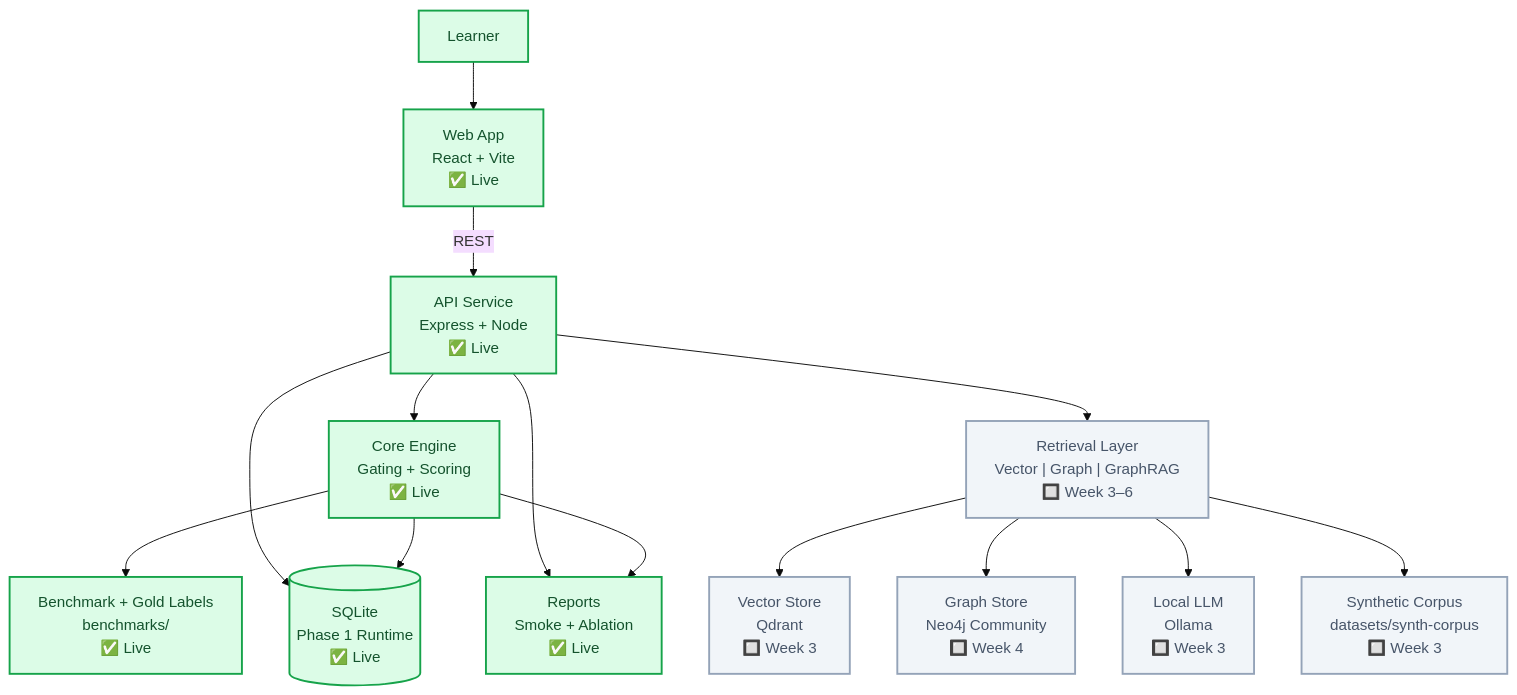
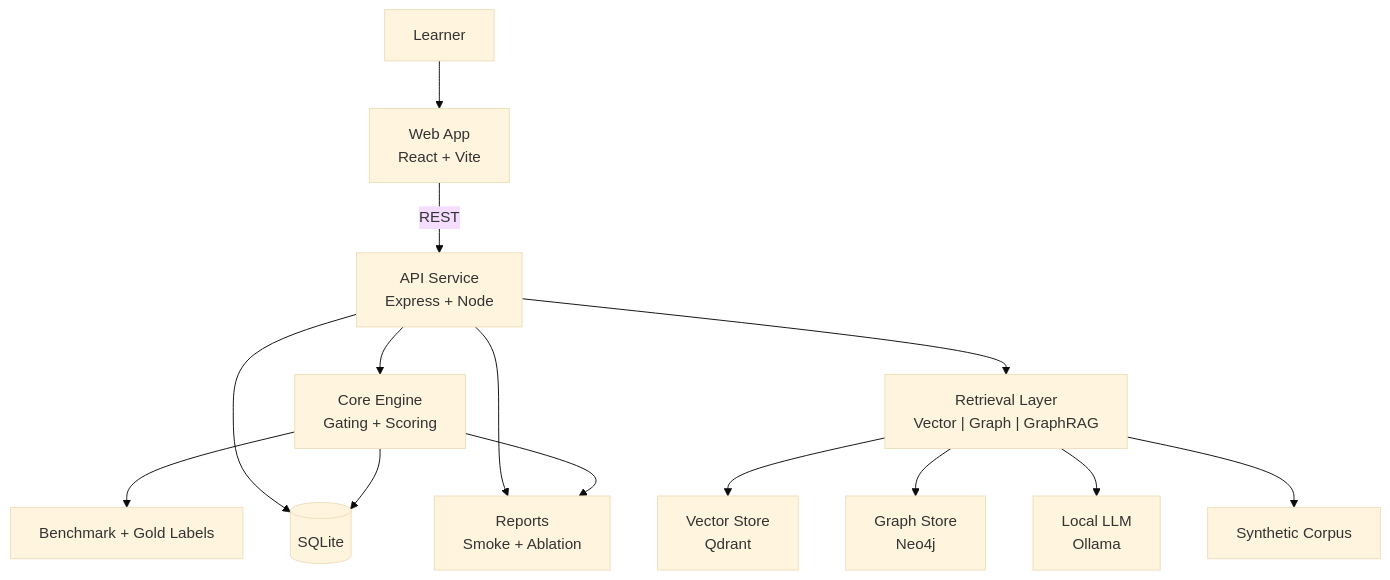
Before and after one commit to asharma3084/OmniMentor-Learning-Platform: the diagram in README.md, drawn with Mermaid (base theme). The commit also changed other lines of this file and 5 other files, not shown here.

````diff
--- a/README.md
+++ b/README.md
@@ -94,36 +92,29 @@
 ```mermaid
 flowchart TB
   U["Learner"]
-  W["Web App\nReact + Vite\n✅ Live"]
-  A["API Service\nExpress + Node\n✅ Live"]
-  C["Core Engine\nGating + Scoring\n✅ Live"]
-  R["Retrieval Layer\nVector | Graph | GraphRAG\n🔲 Week 3–6"]
-  LLM["Local LLM\nOllama\n🔲 Week 3"]
-  NEO["Graph Store\nNeo4j Community\n🔲 Week 4"]
-  QD["Vector Store\nQdrant\n🔲 Week 3"]
-  DB[("SQLite\nPhase 1 Runtime\n✅ Live")]
-  DS["Synthetic Corpus\ndatasets/synth-corpus\n🔲 Week 3"]
-  BM["Benchmark + Gold Labels\nbenchmarks/\n✅ Live"]
-  REP["Reports\nSmoke + Ablation\n✅ Live"]
+  W["Web App\nReact + Vite"]
+  A["API Service\nExpress + Node"]
+  C["Core Engine\nGating + Scoring"]
+  R["Retrieval Layer\nVector | Graph | GraphRAG"]
+  LLM["Local LLM\nOllama"]
+  NEO["Graph Store\nNeo4j"]
+  QD["Vector Store\nQdrant"]
+  DB[("SQLite")]
+  DS["Synthetic Corpus"]
+  BM["Benchmark + Gold Labels"]
+  REP["Reports\nSmoke + Ablation"]
 
   U --> W
   W -->|REST| A
   A --> C
   A --> R
   A --> DB
   R --> QD
   R --> NEO
   R --> LLM
   R --> DS
   C --> BM
   C --> DB
   A --> REP
   C --> REP
-
-  classDef live fill:#dcfce7,stroke:#16a34a,color:#14532d,stroke-width:2px;
-  classDef planned fill:#f1f5f9,stroke:#94a3b8,color:#475569,stroke-width:2px;
-  classDef data fill:#ede9fe,stroke:#7c3aed,color:#4c1d95,stroke-width:2px;
-
-  class U,W,A,C,DB,BM,REP live;
-  class R,LLM,NEO,QD,DS planned;
 ```
````
